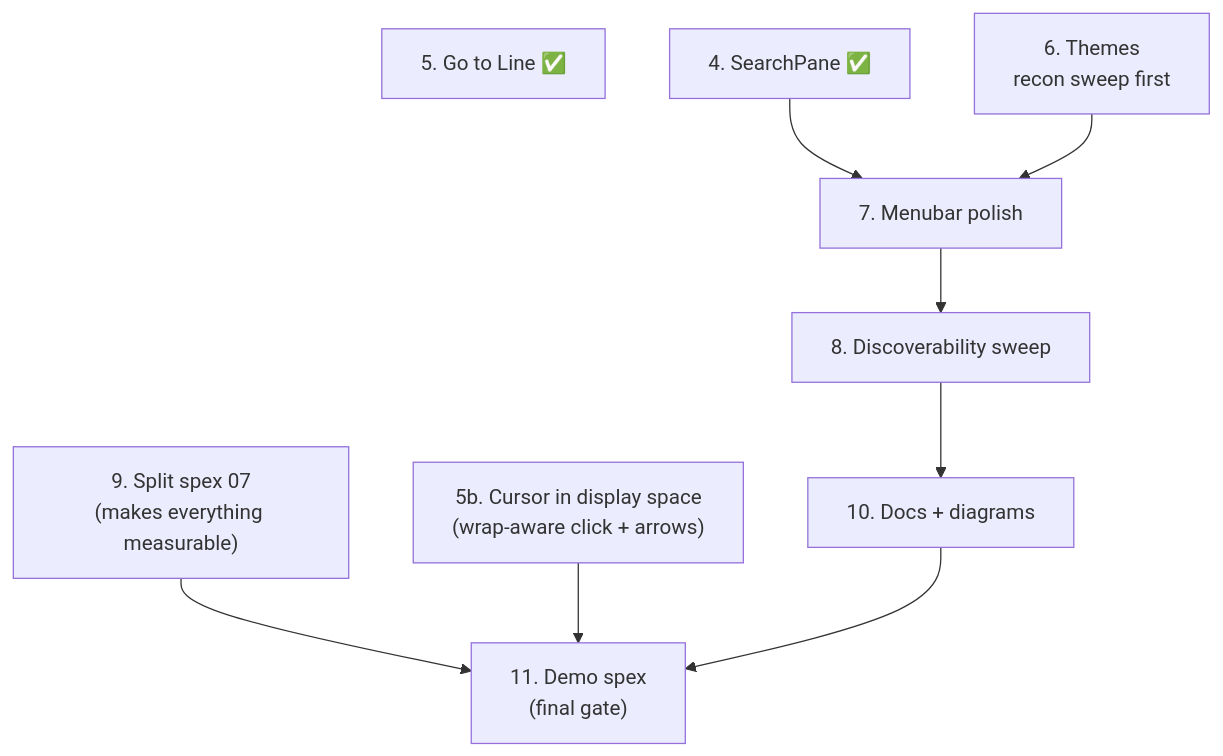
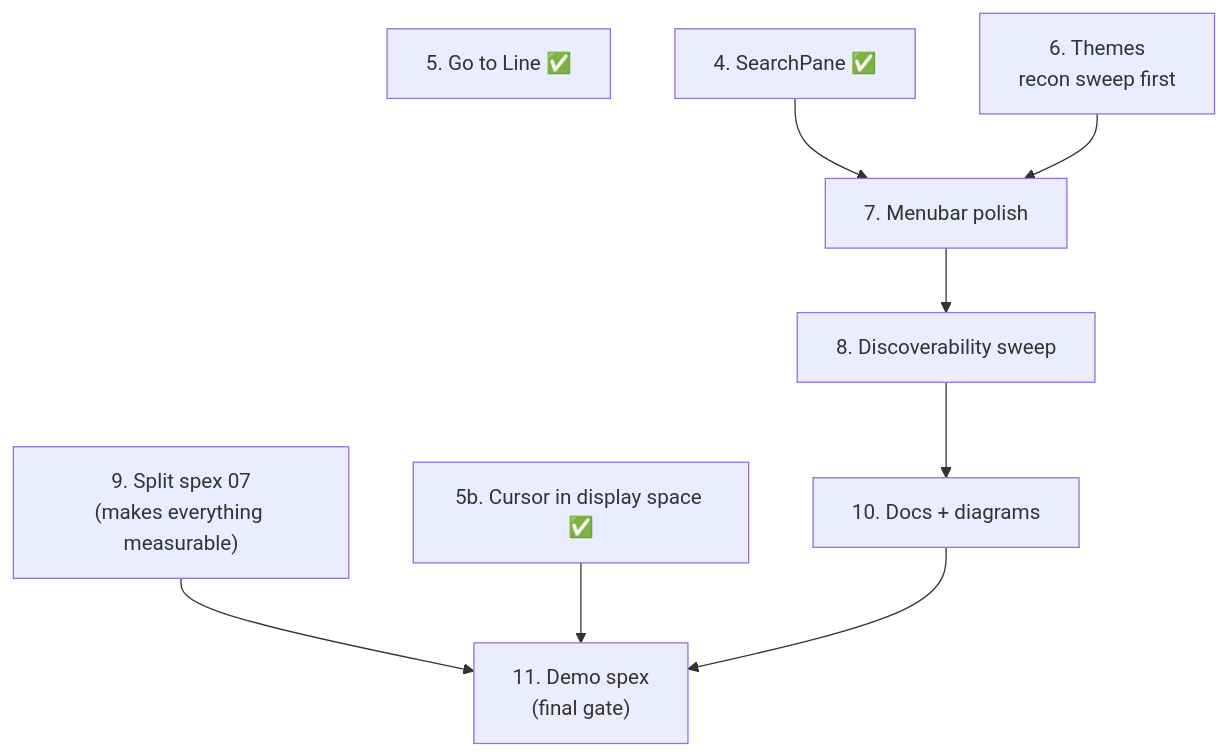
One commit to JediLuke/quillex changed the first of 2 diagrams in docs/ROADMAP_1.0.md. Above: the diagram before and after it, drawn with Mermaid. The commit also changed other lines of this file and 6 other files, not shown here.

````diff
--- a/docs/ROADMAP_1.0.md
+++ b/docs/ROADMAP_1.0.md
@@ -605,11 +609,11 @@
 ```mermaid
 flowchart TB
     S5["5. Go to Line ✅"]
     S9["9. Split spex 07<br/>(makes everything measurable)"] --> S11
     S4["4. SearchPane ✅"] --> S7["7. Menubar polish"]
-    S5b["5b. Cursor in display space<br/>(wrap-aware click + arrows)"] --> S11
+    S5b["5b. Cursor in display space ✅"] --> S11
     S6["6. Themes<br/>recon sweep first"] --> S7
     S7 --> S8["8. Discoverability sweep"]
     S8 --> S10["10. Docs + diagrams"]
     S10 --> S11["11. Demo spex<br/>(final gate)"]
 ```
````
